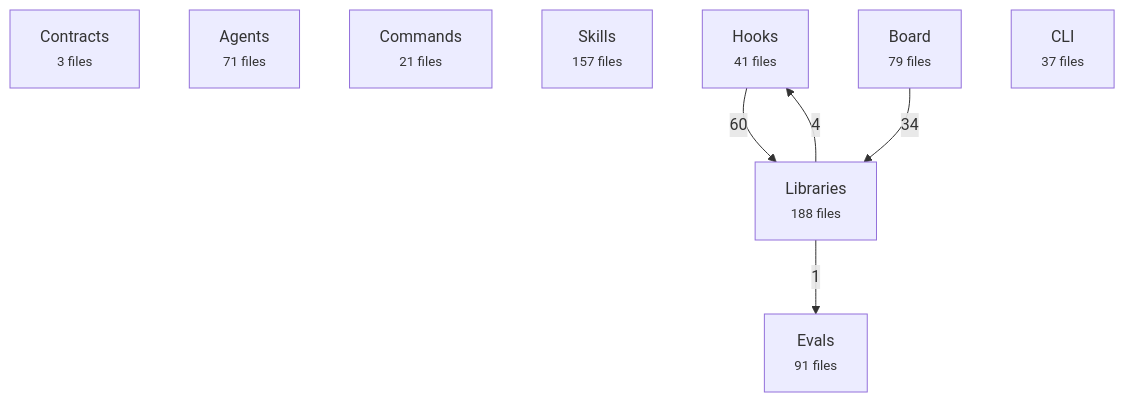
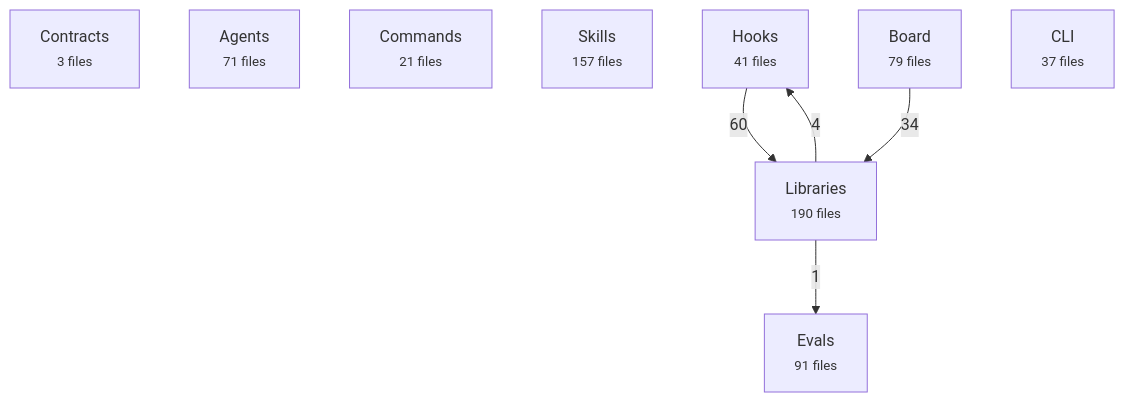
The first of 2 diagrams in docs/reference/architecture-map.md (avelikiy/great_cto), drawn with Mermaid before and after one commit. The commit also changed other lines of this file and 8 other files, not shown here.

````diff
--- a/docs/reference/architecture-map.md
+++ b/docs/reference/architecture-map.md
@@ -20,16 +20,16 @@
 ```mermaid
 flowchart TD
   contracts["Contracts<br/><small>3 files</small>"]
   agents["Agents<br/><small>71 files</small>"]
   commands["Commands<br/><small>21 files</small>"]
   skills["Skills<br/><small>157 files</small>"]
   hooks["Hooks<br/><small>41 files</small>"]
-  libs["Libraries<br/><small>188 files</small>"]
+  libs["Libraries<br/><small>190 files</small>"]
   board["Board<br/><small>79 files</small>"]
   cli["CLI<br/><small>37 files</small>"]
   evals["Evals<br/><small>91 files</small>"]
   hooks -->|60| libs
   board -->|34| libs
   libs -->|4| hooks
   libs -->|1| evals
 ```
````
